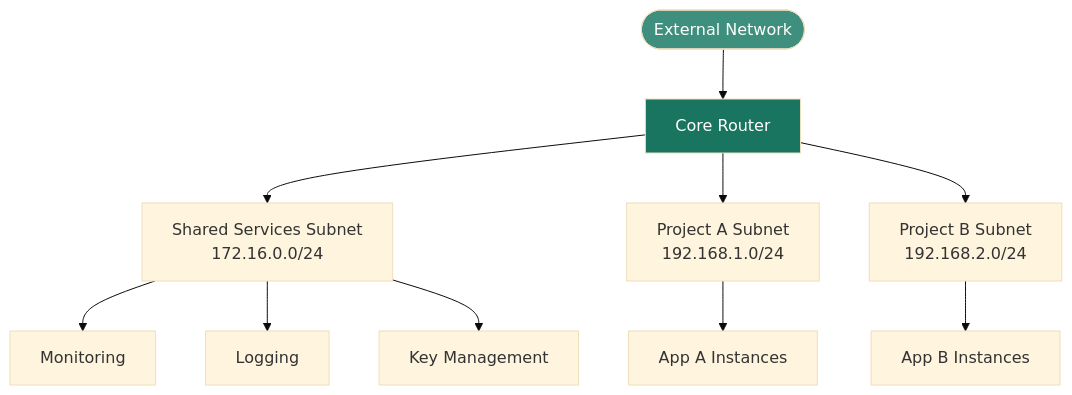
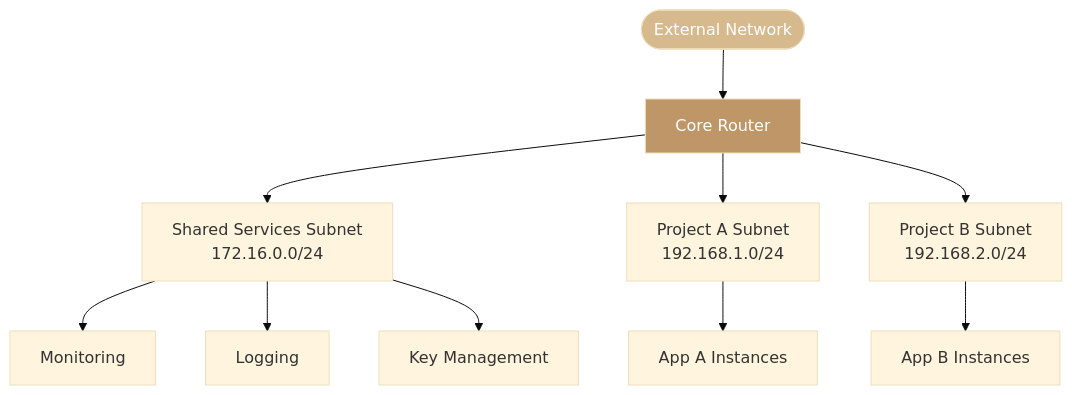
One commit to ankur-kumar87/docs-polystack changed the third of 4 diagrams in services/networking/network-topology.mdx. Above: the diagram before and after it, drawn with Mermaid (base theme). The commit also changed other lines of this file and 395 other files, not shown here.

````diff
--- a/services/networking/network-topology.mdx
+++ b/services/networking/network-topology.mdx
@@ -94,14 +94,14 @@
 ```mermaid
 graph TD
     EXT([External Network]) --> CORE_R[Core Router]
     CORE_R --> SHARED[Shared Services Subnet<br/>172.16.0.0/24]
     CORE_R --> APP1[Project A Subnet<br/>192.168.1.0/24]
     CORE_R --> APP2[Project B Subnet<br/>192.168.2.0/24]
     SHARED --> MON[Monitoring]
     SHARED --> LOG[Logging]
     SHARED --> VAULT[Key Management]
     APP1 --> A1[App A Instances]
     APP2 --> A2[App B Instances]
-    style CORE_R fill:#197560,color:#fff
-    style EXT fill:#3F8F7E,color:#fff
+    style CORE_R fill:#bf9667,color:#fff
+    style EXT fill:#d7b98e,color:#fff
 ```
````
